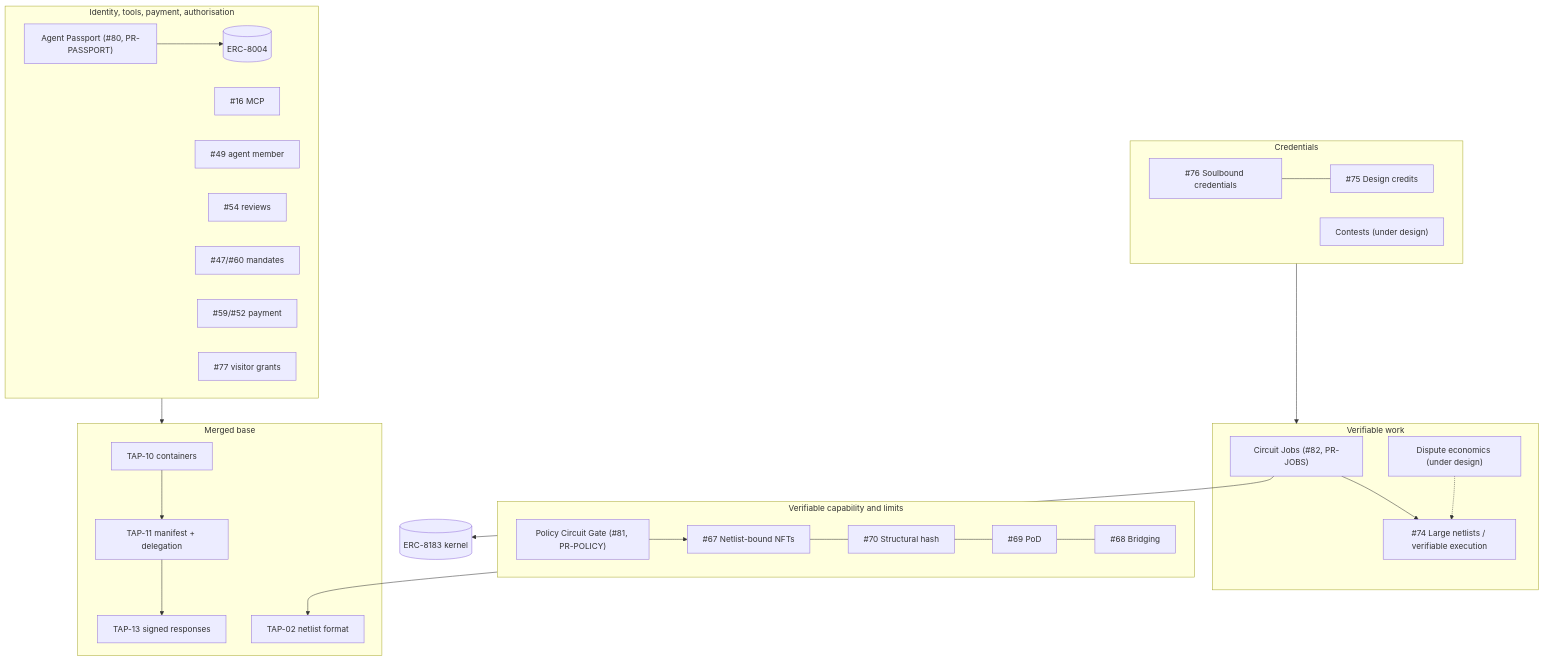
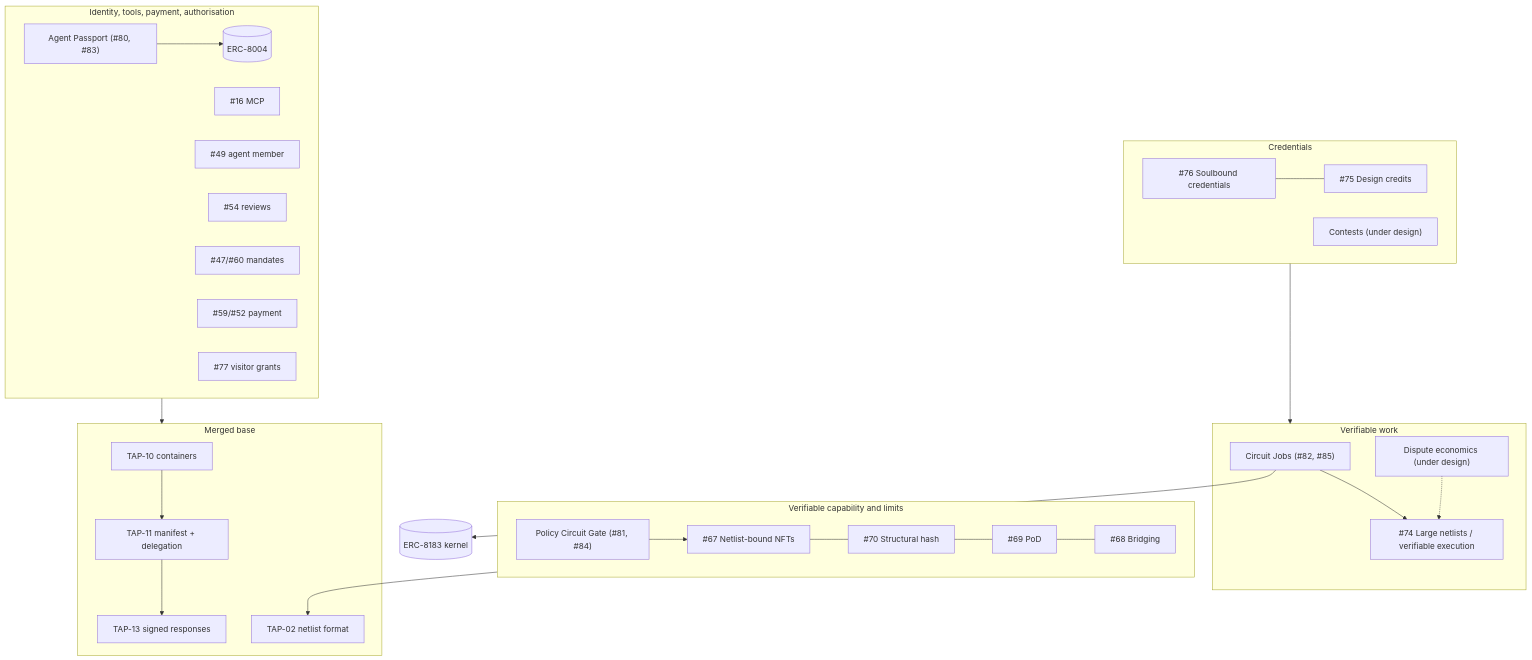
The first of 2 diagrams in docs/agent-universe/README.md (BruceLanLan/TAP-721), drawn with Mermaid before and after one commit. The commit also changed other lines of this file and 1 other file, not shown here.

Commit message:
agent-universe：回填三个 PR 号（#83 #84 #85）

````diff
--- a/docs/agent-universe/README.md
+++ b/docs/agent-universe/README.md
@@ -32,32 +32,32 @@
 ```mermaid
 flowchart TB
   subgraph L5["Credentials"]
     C76["#76 Soulbound credentials"] --- C75["#75 Design credits"]
     CON["Contests (under design)"]
   end
   subgraph L4["Verifiable work"]
-    CJ["Circuit Jobs (#82, PR-JOBS)"] --> V74["#74 Large netlists / verifiable execution"]
+    CJ["Circuit Jobs (#82, #85)"] --> V74["#74 Large netlists / verifiable execution"]
     DE["Dispute economics (under design)"] -.-> V74
   end
   subgraph L3["Verifiable capability and limits"]
     N67["#67 Netlist-bound NFTs"] --- N70["#70 Structural hash"] --- N69["#69 PoD"] --- N68["#68 Bridging"]
-    PG["Policy Circuit Gate (#81, PR-POLICY)"] --> N67
+    PG["Policy Circuit Gate (#81, #84)"] --> N67
   end
   subgraph L2["Identity, tools, payment, authorisation"]
-    PP["Agent Passport (#80, PR-PASSPORT)"] --> E8004[("ERC-8004")]
+    PP["Agent Passport (#80, #83)"] --> E8004[("ERC-8004")]
     T16["#16 MCP"]
     T49["#49 agent member"]
     T54["#54 reviews"]
     T47["#47/#60 mandates"]
     T59["#59/#52 payment"]
     T77["#77 visitor grants"]
   end
   subgraph L1["Merged base"]
     B10["TAP-10 containers"] --> B11["TAP-11 manifest + delegation"] --> B13["TAP-13 signed responses"]
     B02["TAP-02 netlist format"]
   end
   CJ --> E8183[("ERC-8183 kernel")]
   L2 --> L1
   L3 --> B02
   L5 --> L4
 ```
````
